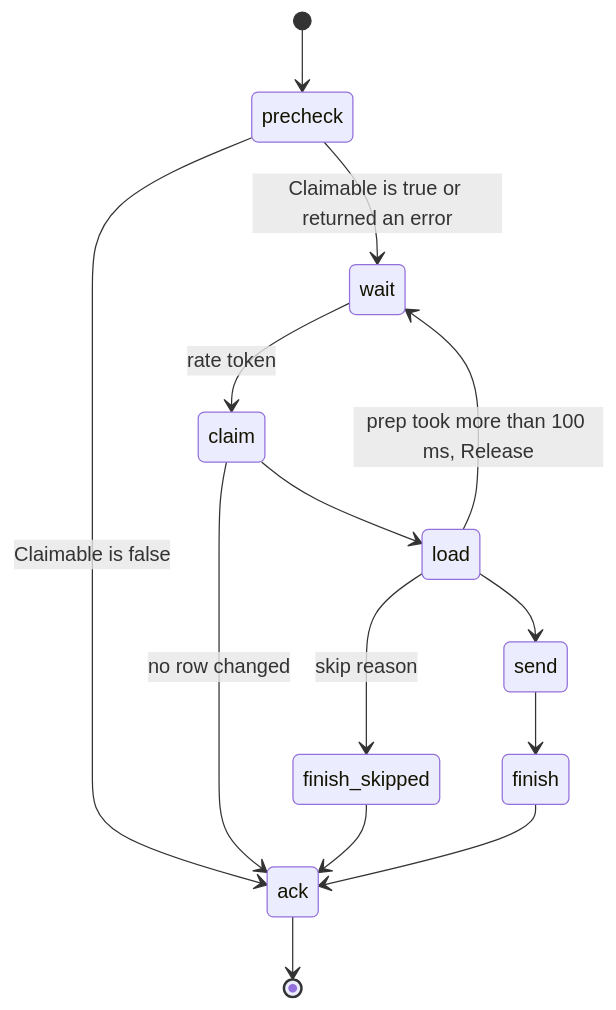
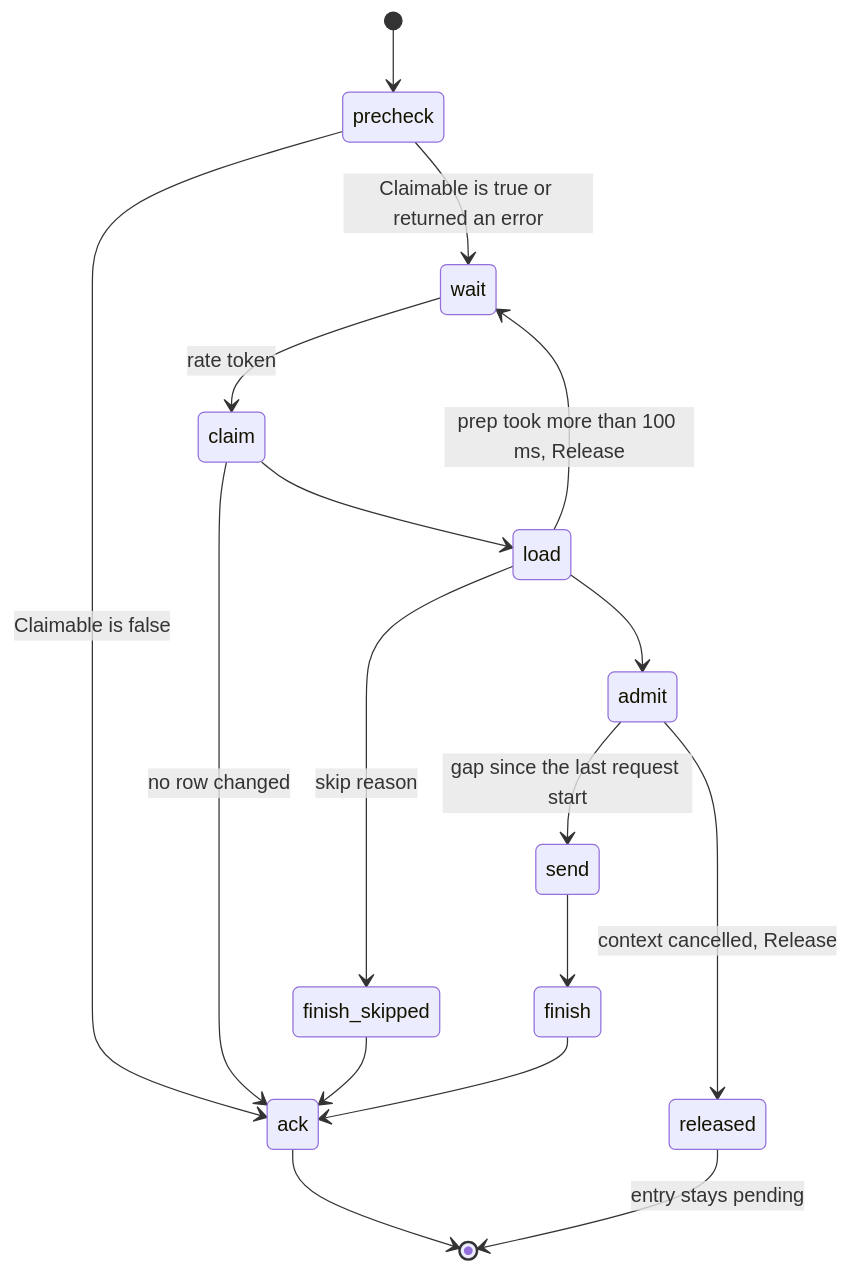
Before and after one commit to atakan99/insider_one_case_study: the fourth of 7 diagrams in docs/state-machines.md, drawn with Mermaid. The commit also changed other lines of this file and 24 other files, not shown here.

````diff
--- a/docs/state-machines.md
+++ b/docs/state-machines.md
@@ -127,16 +128,19 @@
 ```mermaid
 stateDiagram-v2
     [*] --> precheck
     precheck --> ack: Claimable is false
     precheck --> wait: Claimable is true or returned an error
     wait --> claim: rate token
     claim --> ack: no row changed
     claim --> load
     load --> finish_skipped: skip reason
     load --> wait: prep took more than 100 ms, Release
-    load --> send
+    load --> admit
+    admit --> send: gap since the last request start
+    admit --> released: context cancelled, Release
     send --> finish
     finish_skipped --> ack
     finish --> ack
     ack --> [*]
+    released --> [*]: entry stays pending
 ```
````
